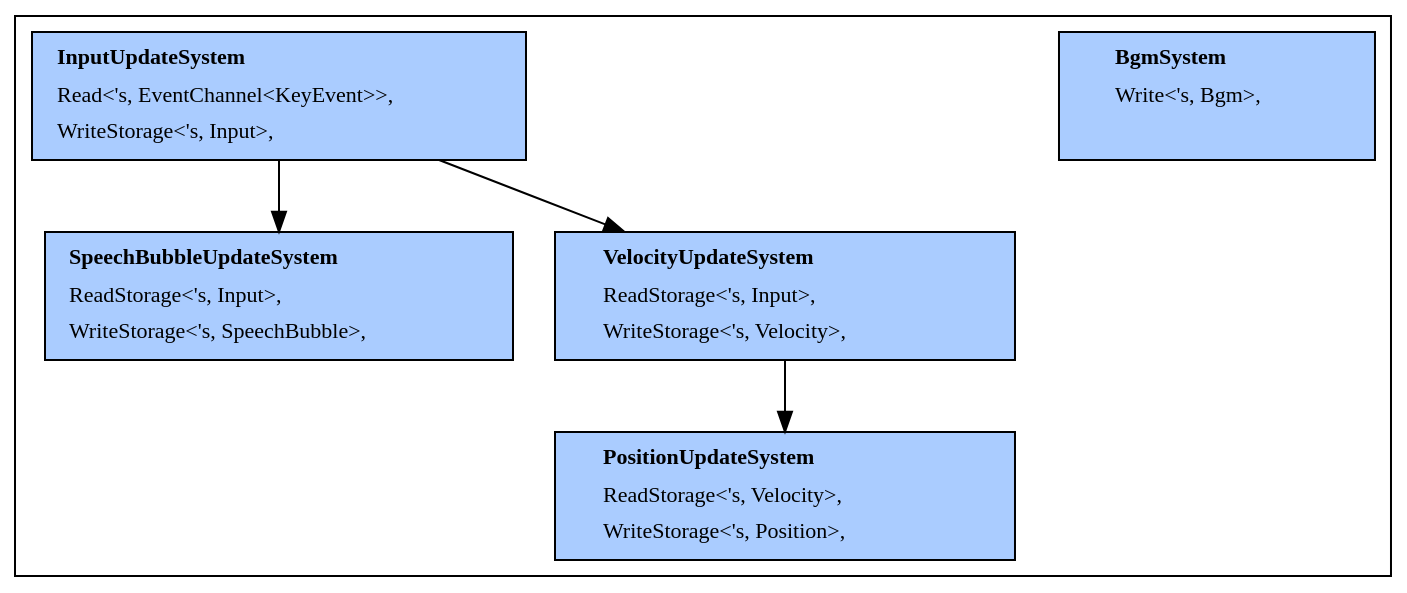
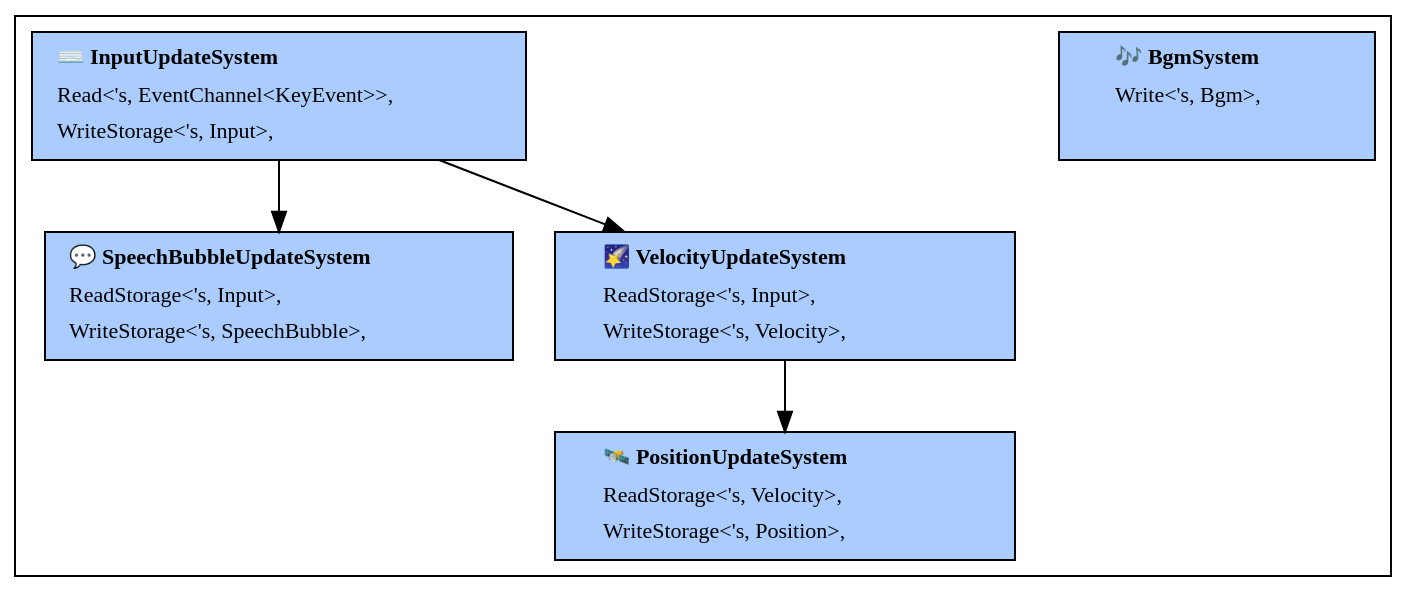
The diagram in assets/dot/dispatcher_graph.dot (azriel91/ecs_paradigm), drawn with Graphviz before and after one commit. The commit also changed 5 other files, not shown here.

Commit message:
Added emoji to dispatcher systems graph.

```diff
--- a/assets/dot/dispatcher_graph.dot
+++ b/assets/dot/dispatcher_graph.dot
@@ -1,81 +1,81 @@
 digraph Dispatcher {
     graph [
         fontname = "Arial",
         fontsize = 16,
         // label = <<b>Dispatcher<br /><br /></b>>,
         labelloc = top,
         bgcolor = "transparent",
     ];
 
     node [
         fillcolor = "#aaccff",
         fontname = "consolas",
         fontsize = 11,
         shape = box,
         style = filled,
         width = 3.2,
     ];
 
     // Label definitions
 
     subgraph cluster_systems {
         bgm [
             label = <<table border="0" cellborder="0">
-                <tr><td align="left"><b>BgmSystem</b></td></tr>
+                <tr><td align="left"><b>🎶 BgmSystem</b></td></tr>
                 <tr cellspacing="0"><td align="left">Write&lt;'s, Bgm&gt;,</td></tr>
                 <tr cellspacing="0"><td align="left">&nbsp;</td></tr>
             </table>>,
             width = 2.2,
         ];
 
         input_update [
             label = <<table border="0" cellborder="0">
-                <tr><td align="left"><b>InputUpdateSystem</b></td></tr>
+                <tr><td align="left"><b>⌨️ InputUpdateSystem</b></td></tr>
                 <tr cellspacing="0"><td align="left">Read&lt;'s, EventChannel&lt;KeyEvent&gt;&gt;,</td></tr>
                 <tr cellspacing="0"><td align="left">WriteStorage&lt;'s, Input&gt;,</td></tr>
             </table>>,
         ];
 
         speech_bubble_update [
             label = <<table border="0" cellborder="0">
-                <tr><td align="left"><b>SpeechBubbleUpdateSystem</b></td></tr>
+                <tr><td align="left"><b>💬 SpeechBubbleUpdateSystem</b></td></tr>
                 <tr cellspacing="0"><td align="left">ReadStorage&lt;'s, Input&gt;,</td></tr>
                 <tr cellspacing="0"><td align="left">WriteStorage&lt;'s, SpeechBubble&gt;,</td></tr>
             </table>>,
         ];
 
         velocity_update [
             label = <<table border="0" cellborder="0">
-                <tr><td align="left"><b>VelocityUpdateSystem</b></td></tr>
+                <tr><td align="left"><b>🌠 VelocityUpdateSystem</b></td></tr>
                 <tr cellspacing="0"><td align="left">ReadStorage&lt;'s, Input&gt;,</td></tr>
                 <tr cellspacing="0"><td align="left">WriteStorage&lt;'s, Velocity&gt;,</td></tr>
             </table>>,
         ];
 
         position_update [
             label = <<table border="0" cellborder="0">
-                <tr><td align="left"><b>PositionUpdateSystem</b></td></tr>
+                <tr><td align="left"><b>🛰️ PositionUpdateSystem</b></td></tr>
                 <tr cellspacing="0"><td align="left">ReadStorage&lt;'s, Velocity&gt;,</td></tr>
                 <tr cellspacing="0"><td align="left">WriteStorage&lt;'s, Position&gt;,</td></tr>
             </table>>,
         ];
 
         input_update -> velocity_update;
         input_update -> speech_bubble_update;
 
         velocity_update -> position_update;
 
         // Alignment edges
         subgraph {
             node [style = "invis"];
             edge [style = "invis"];
 
             invis_1 [width = 2.2];
 
             invis_0 -> velocity_update;
             invis_0 -> invis_1;
             bgm -> invis_1;
         }
     }
 
 }
```
